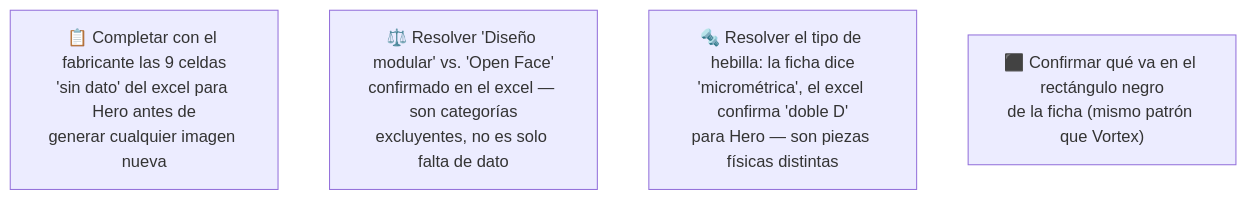
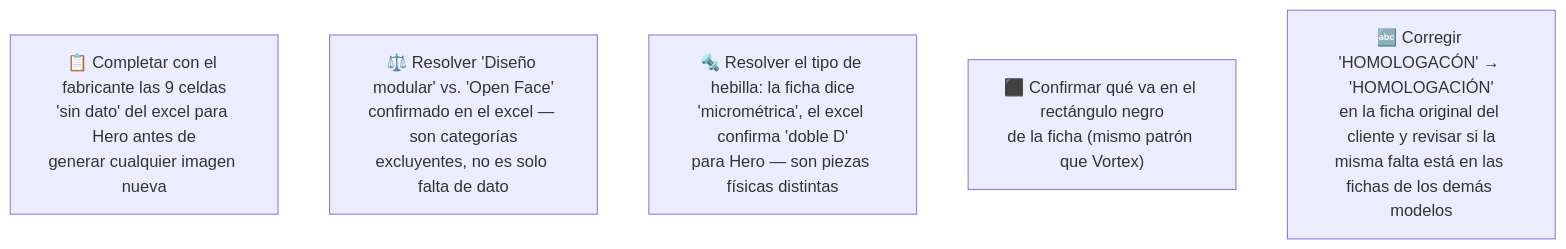
Before and after one commit to juandroeleven-jpg/SAAAS-Marketing: the diagram in proyectos/edge-cascos/documentos/simulaciones-cc/simulacion-12-hero-verificacion.md, drawn with Mermaid. The commit also changed other lines of this file and 6 other files, not shown here.

````diff
--- a/proyectos/edge-cascos/documentos/simulaciones-cc/simulacion-12-hero-verificacion.md
+++ b/proyectos/edge-cascos/documentos/simulaciones-cc/simulacion-12-hero-verificacion.md
@@ -11,7 +11,8 @@
 ```mermaid
 flowchart TD
     T1["📋 Completar con el fabricante las 9 celdas<br/>'sin dato' del excel para Hero antes de<br/>generar cualquier imagen nueva"]
     T2["⚖️ Resolver 'Diseño modular' vs. 'Open Face'<br/>confirmado en el excel — son categorías<br/>excluyentes, no es solo falta de dato"]
     T3["🔩 Resolver el tipo de hebilla: la ficha dice<br/>'micrométrica', el excel confirma 'doble D'<br/>para Hero — son piezas físicas distintas"]
     T4["⬛ Confirmar qué va en el rectángulo negro<br/>de la ficha (mismo patrón que Vortex)"]
+    T5["🔤 Corregir 'HOMOLOGACÓN' → 'HOMOLOGACIÓN'<br/>en la ficha original del cliente y revisar si la<br/>misma falta está en las fichas de los demás modelos"]
 ```
````
